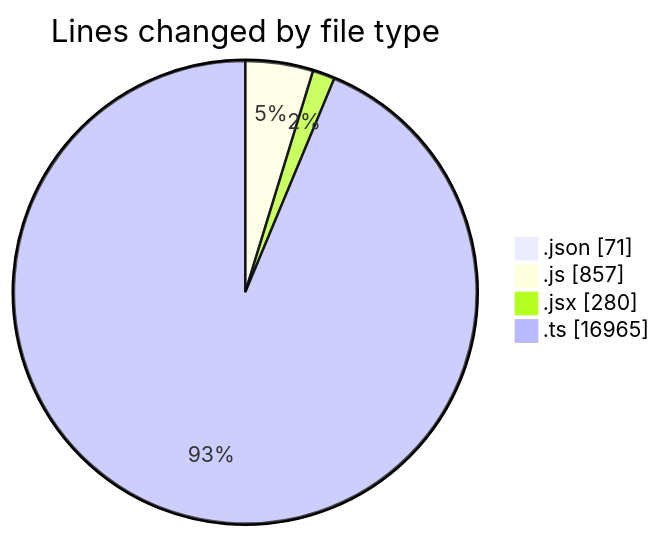
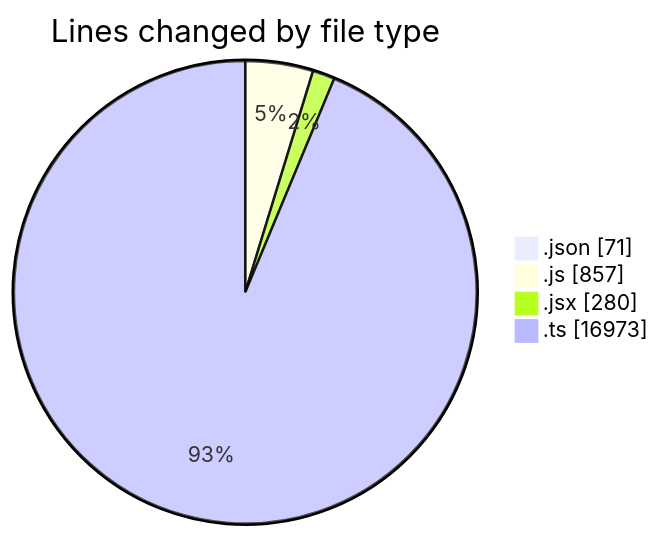
The first of 2 diagrams in 2025-05-13/cda/README.md (momahboobian/code-tracking), drawn with Mermaid before and after one commit. The commit also changed other lines of this file and 1 other file, not shown here.

````diff
--- a/2025-05-13/cda/README.md
+++ b/2025-05-13/cda/README.md
@@ -31,8 +31,8 @@
 ```mermaid
 pie showData
 title Lines changed by file type
 ".json" : 71
 ".js" : 857
 ".jsx" : 280
-".ts" : 16965
+".ts" : 16973
 ```
````
